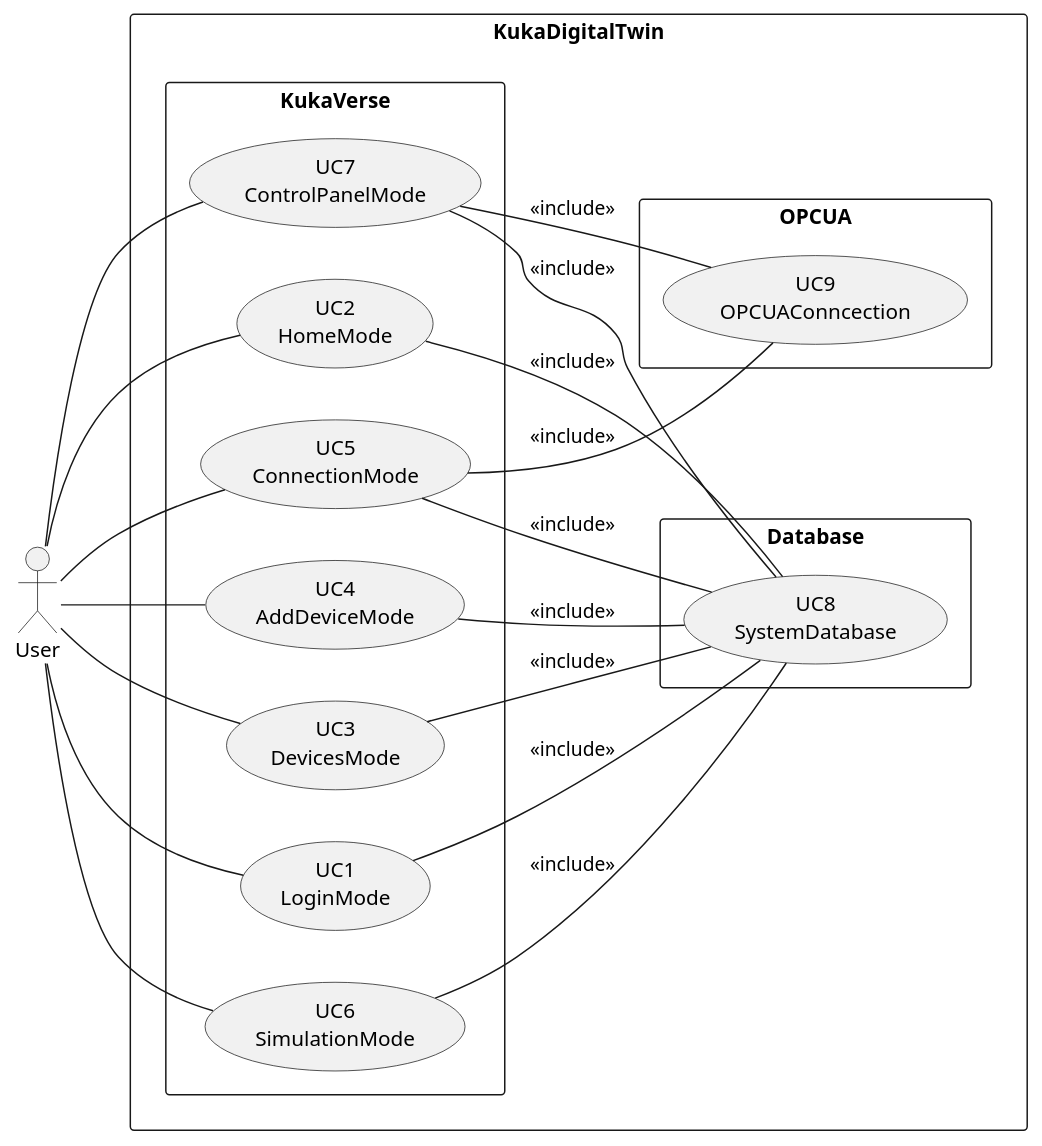
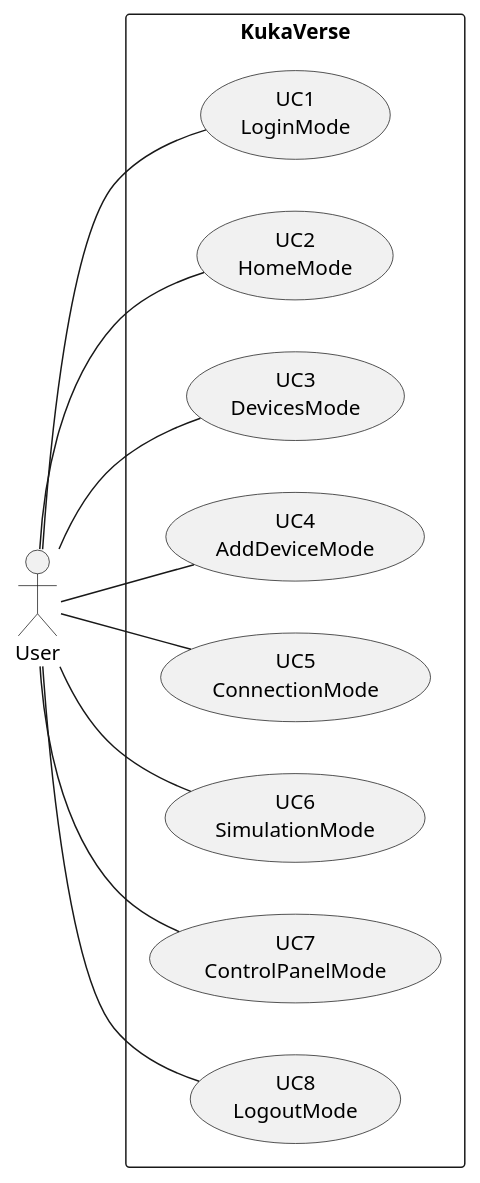
One commit to aialmohamed/MPA_KR3_Digital_Twin changed the diagram in Documents/System_Documents/UML/UseCases.wsd. Above: the diagram before and after it, drawn with PlantUML. The commit also changed 4 other files, not shown here.

```diff
--- a/Documents/System_Documents/UML/UseCases.wsd
+++ b/Documents/System_Documents/UML/UseCases.wsd
@@ -1,42 +1,26 @@
 @startuml "KukaDigitalTwin"
 
 
 left to right direction
 skinparam packageStyle rect
 actor User as AC
-rectangle "KukaDigitalTwin" {
-    rectangle "KukaVerse" {
+rectangle "KukaVerse" {
+
     usecase "UC1\nLoginMode" as UC1 
     usecase "UC2\nHomeMode" as UC2
     usecase "UC3\nDevicesMode" as UC3
     usecase "UC4\nAddDeviceMode" as UC4
     usecase "UC5\nConnectionMode" as UC5
     usecase "UC6\nSimulationMode" as UC6
     usecase "UC7\nControlPanelMode" as UC7
-    }
-
-    rectangle "Database" {
-        usecase "UC8\nSystemDatabase" as UC8
-    }
-    rectangle "OPCUA" {
-        usecase "UC9\nOPCUAConncection" as UC9
-
-    }
+    usecase "UC8\nLogoutMode" as UC8
 }
 AC -- UC1
 AC -- UC2
 AC -- UC3
 AC -- UC4
 AC -- UC5
 AC -- UC6
 AC -- UC7
-UC1 -- UC8 : <<include>>
-UC2 -- UC8 : <<include>>
-UC3 -- UC8 : <<include>>
-UC4 -- UC8 : <<include>>
-UC5 -- UC8 : <<include>>
-UC6 -- UC8 : <<include>>
-UC7 -- UC8 : <<include>>
-UC5 -- UC9 : <<include>>
-UC7 -- UC9 : <<include>>
+AC -- UC8
 @enduml
```
